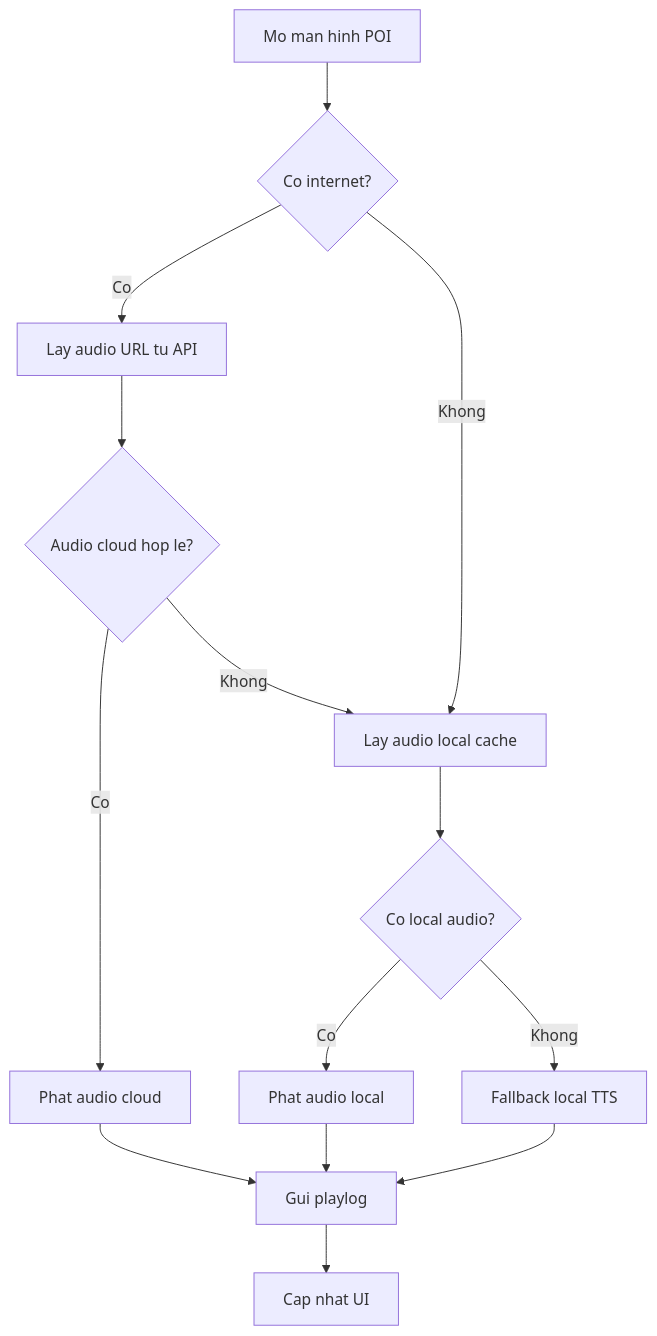
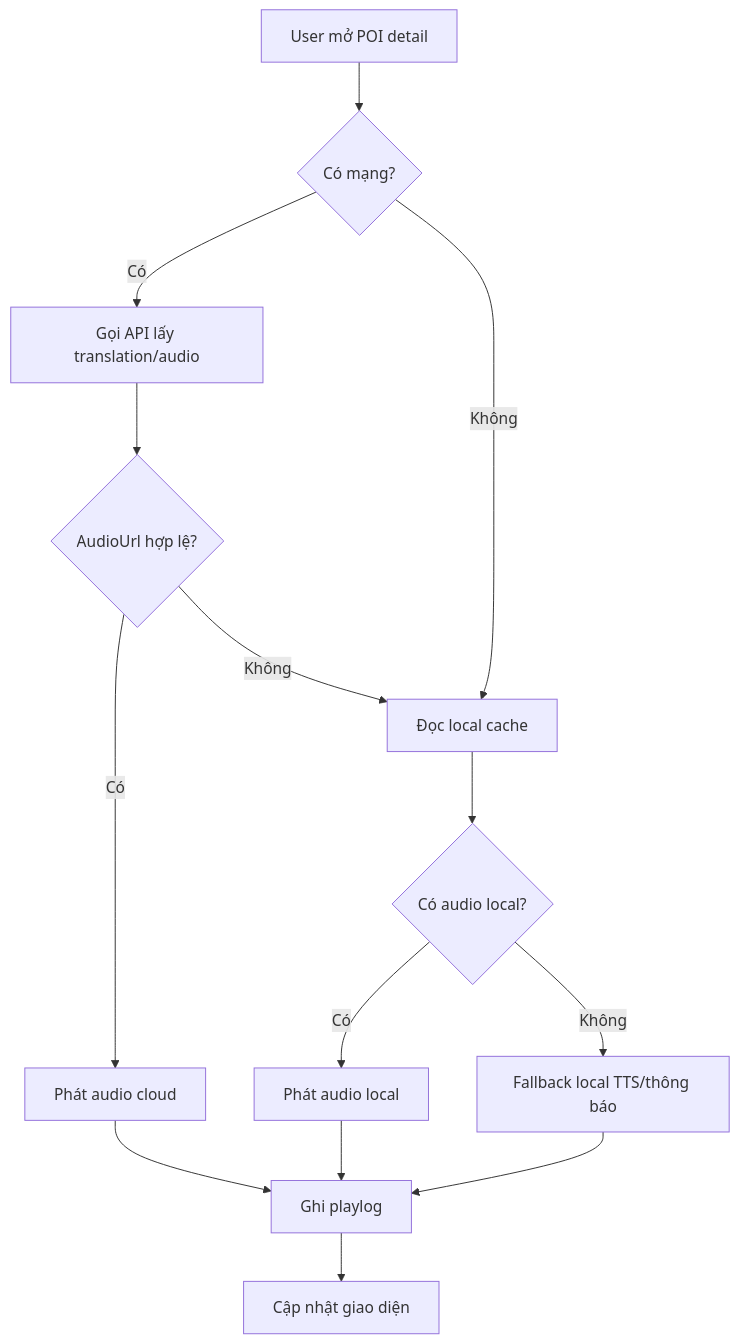
One commit to EricHoang28092k5/SmartTour changed the tenth of 13 diagrams in PRD_SmartTour.md. Above: the diagram before and after it, drawn with Mermaid. The commit also changed other lines of this file, not shown here.

````diff
--- a/PRD_SmartTour.md
+++ b/PRD_SmartTour.md
@@ -275,16 +579,16 @@
 ```mermaid
 flowchart TD
-    A[Mo man hinh POI] --> B{Co internet?}
-    B -- Co --> C[Lay audio URL tu API]
-    B -- Khong --> D[Lay audio local cache]
-    C --> E{Audio cloud hop le?}
-    E -- Co --> F[Phat audio cloud]
-    E -- Khong --> D
-    D --> G{Co local audio?}
-    G -- Co --> H[Phat audio local]
-    G -- Khong --> I[Fallback local TTS]
-    F --> J[Gui playlog]
+    A[User mở POI detail] --> B{Có mạng?}
+    B -- Có --> C[Gọi API lấy translation/audio]
+    C --> D{AudioUrl hợp lệ?}
+    D -- Có --> E[Phát audio cloud]
+    D -- Không --> F[Đọc local cache]
+    B -- Không --> F
+    F --> G{Có audio local?}
+    G -- Có --> H[Phát audio local]
+    G -- Không --> I[Fallback local TTS/thông báo]
+    E --> J[Ghi playlog]
     H --> J
     I --> J
-    J --> K[Cap nhat UI]
+    J --> K[Cập nhật giao diện]
 ```
````
